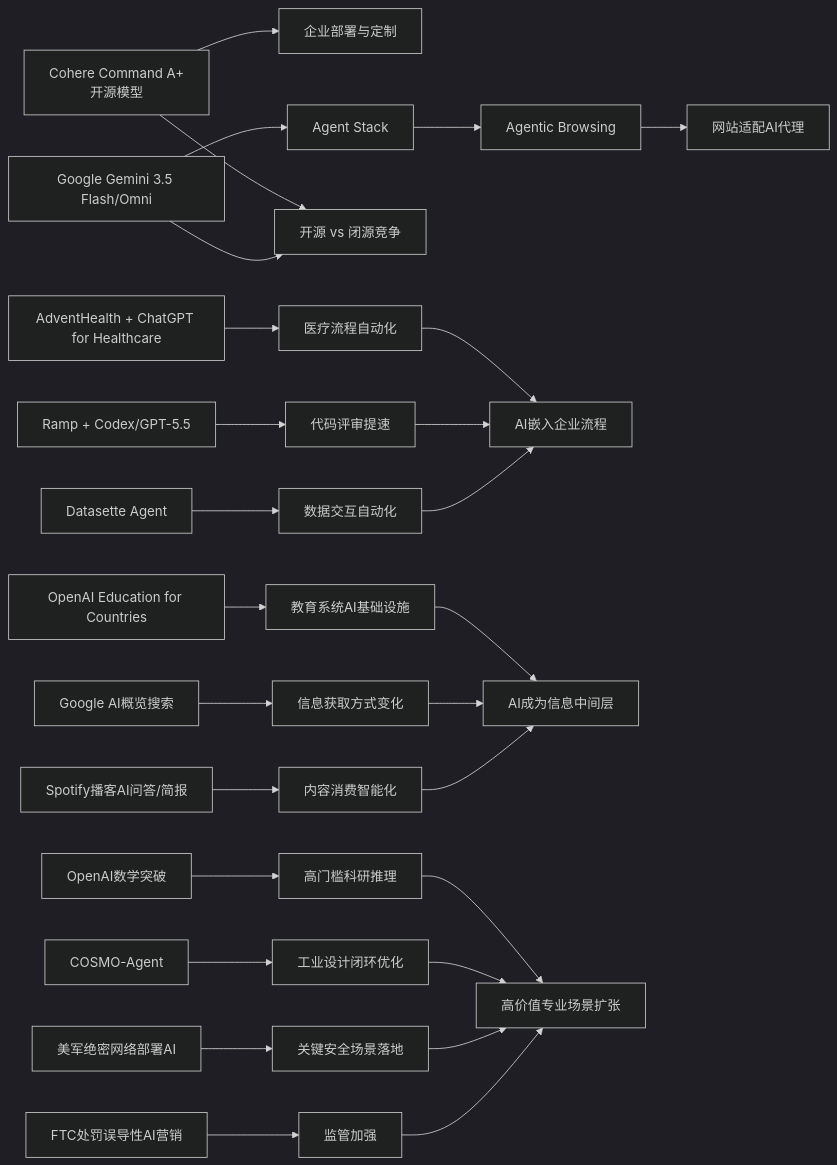
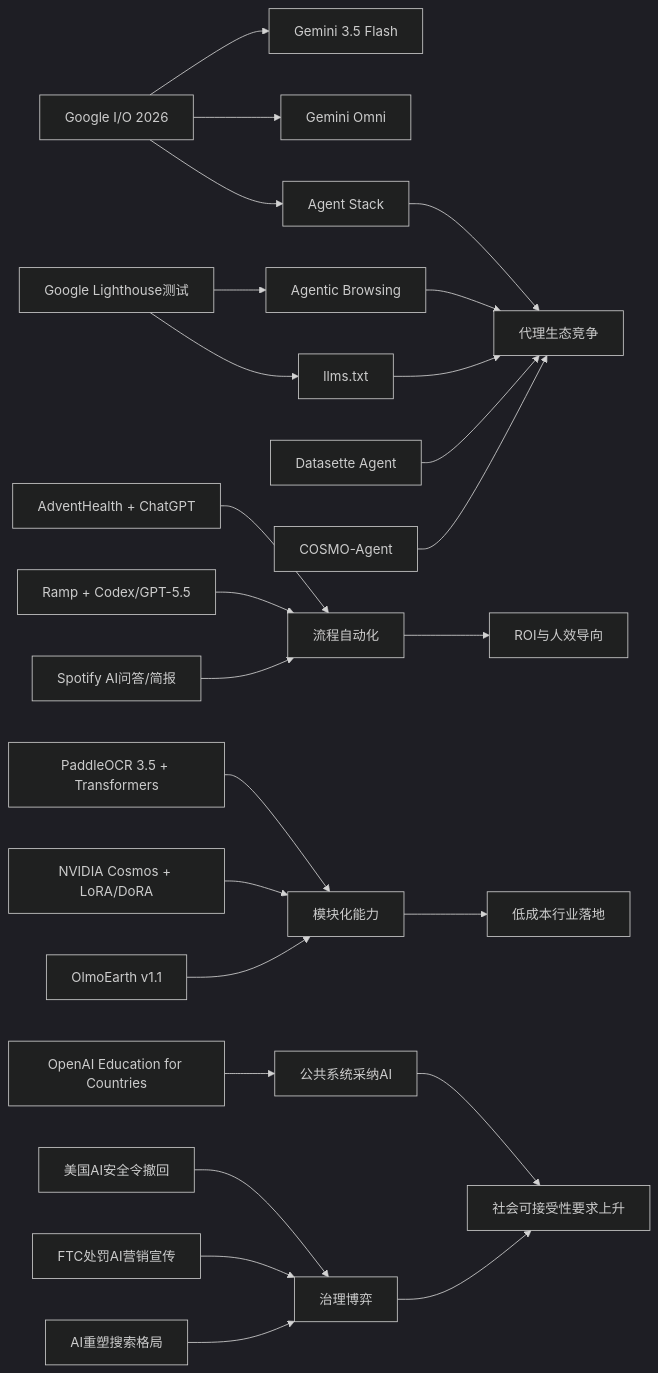
The diagram in content/cn/2026/2026-05/2026-05-22.md (zhuxinfei/ai-daily-site), drawn with Mermaid (dark theme) before and after one commit. The commit also changed other lines of this file, not shown here.

````diff
--- a/content/cn/2026/2026-05/2026-05-22.md
+++ b/content/cn/2026/2026-05/2026-05-22.md
@@ -119,32 +110,32 @@
 ```mermaid
 graph LR
-    A[Cohere Command A+<br/>开源模型] --> B[企业部署与定制]
-    C[Google Gemini 3.5 Flash/Omni] --> D[Agent Stack]
-    D --> E[Agentic Browsing]
-    E --> F[网站适配AI代理]
-    A --> G[开源 vs 闭源竞争]
-    C --> G
+    A[Google I/O 2026] --> B[Gemini 3.5 Flash]
+    A --> C[Gemini Omni]
+    A --> D[Agent Stack]
 
-    H[AdventHealth + ChatGPT for Healthcare] --> I[医疗流程自动化]
-    J[Ramp + Codex/GPT-5.5] --> K[代码评审提速]
-    L[Datasette Agent] --> M[数据交互自动化]
-    I --> N[AI嵌入企业流程]
-    K --> N
-    M --> N
+    D --> E[代理生态竞争]
+    F[Google Lighthouse测试] --> G[Agentic Browsing]
+    F --> H[llms.txt]
+    G --> E
+    H --> E
 
-    O[OpenAI Education for Countries] --> P[教育系统AI基础设施]
-    Q[Google AI概览搜索] --> R[信息获取方式变化]
-    S[Spotify播客AI问答/简报] --> T[内容消费智能化]
-    P --> U[AI成为信息中间层]
-    R --> U
-    T --> U
+    I[Datasette Agent] --> E
+    J[COSMO-Agent] --> E
 
-    V[OpenAI数学突破] --> W[高门槛科研推理]
-    X[COSMO-Agent] --> Y[工业设计闭环优化]
-    Z[美军绝密网络部署AI] --> AA[关键安全场景落地]
-    AB[FTC处罚误导性AI营销] --> AC[监管加强]
-    W --> AD[高价值专业场景扩张]
-    Y --> AD
-    AA --> AD
-    AC --> AD
+    K[AdventHealth + ChatGPT] --> L[流程自动化]
+    M[Ramp + Codex/GPT-5.5] --> L
+    N[Spotify AI问答/简报] --> L
+    L --> O[ROI与人效导向]
+
+    P[PaddleOCR 3.5 + Transformers] --> Q[模块化能力]
+    R[NVIDIA Cosmos + LoRA/DoRA] --> Q
+    S[OlmoEarth v1.1] --> Q
+    Q --> T[低成本行业落地]
+
+    U[美国AI安全令撤回] --> V[治理博弈]
+    W[OpenAI Education for Countries] --> X[公共系统采纳AI]
+    Y[FTC处罚AI营销宣传] --> V
+    Z[AI重塑搜索格局] --> V
+    X --> AA[社会可接受性要求上升]
+    V --> AA
 ```
````
